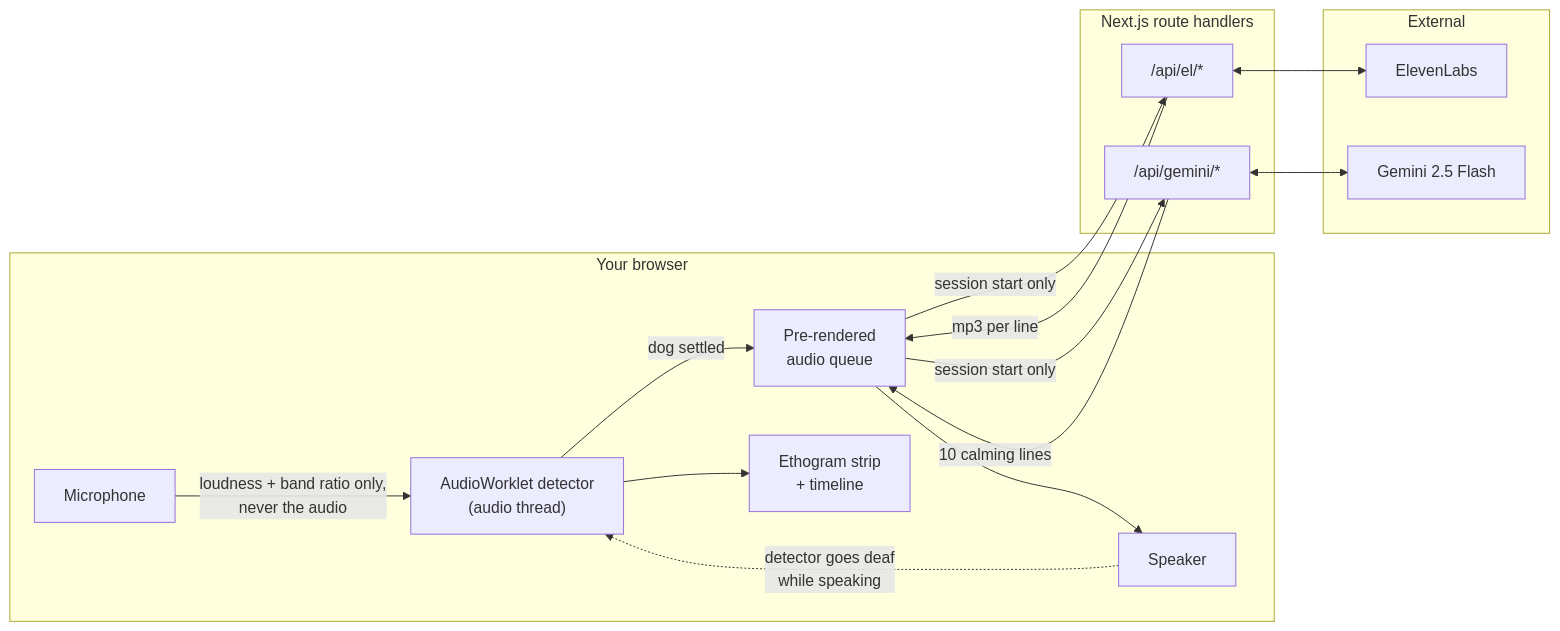
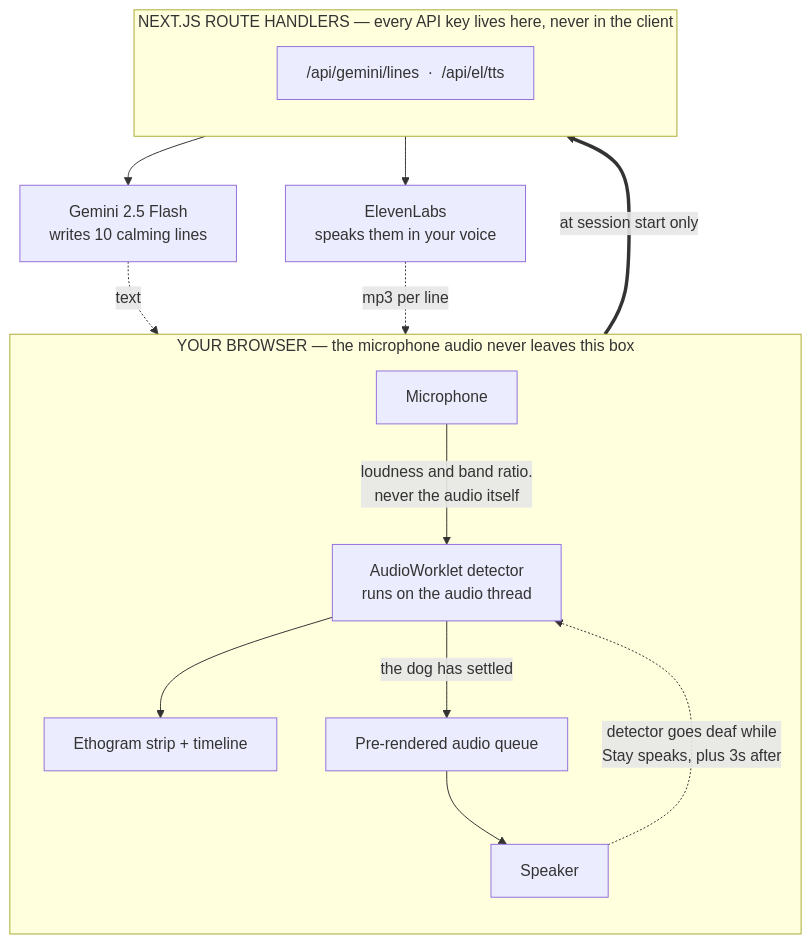
Before and after one commit to vighriday/stay-for-dogs: the first of 5 diagrams in README.md, drawn with Mermaid.

Commit message:
Lay the architecture diagram out top-down so the boundary reads clearly

````diff
--- a/README.md
+++ b/README.md
@@ -66,34 +66,29 @@
 ```mermaid
-flowchart LR
-    subgraph browser["Your browser"]
+flowchart TB
+    subgraph browser["YOUR BROWSER — the microphone audio never leaves this box"]
+        direction TB
         mic["Microphone"]
-        worklet["AudioWorklet detector<br/>(audio thread)"]
-        queue["Pre-rendered<br/>audio queue"]
-        strip["Ethogram strip<br/>+ timeline"]
+        worklet["AudioWorklet detector<br/>runs on the audio thread"]
+        strip["Ethogram strip + timeline"]
+        queue["Pre-rendered audio queue"]
         spk["Speaker"]
+
+        mic -->|"loudness and band ratio.<br/>never the audio itself"| worklet
+        worklet --> strip
+        worklet -->|"the dog has settled"| queue
+        queue --> spk
+        spk -.->|"detector goes deaf while<br/>Stay speaks, plus 3s after"| worklet
     end
 
-    subgraph server["Next.js route handlers"]
-        el["/api/el/*"]
-        gem["/api/gemini/*"]
+    queue ==>|"at session start only"| api
+
+    subgraph server["NEXT.JS ROUTE HANDLERS — every API key lives here, never in the client"]
+        direction TB
+        api["/api/gemini/lines&nbsp;&nbsp;·&nbsp;&nbsp;/api/el/tts"]
     end
 
-    subgraph ext["External"]
-        eleven["ElevenLabs"]
-        gemini["Gemini 2.5 Flash"]
-    end
-
-    mic -->|"loudness + band ratio only,<br/>never the audio"| worklet
-    worklet --> strip
-    worklet -->|"dog settled"| queue
-    queue --> spk
-    spk -.->|"detector goes deaf<br/>while speaking"| worklet
-
-    queue -->|"session start only"| gem
-    gem <--> gemini
-    gem -->|"10 calming lines"| queue
-
-    queue -->|"session start only"| el
-    el <--> eleven
-    el -->|"mp3 per line"| queue
+    api --> gemini["Gemini 2.5 Flash<br/>writes 10 calming lines"]
+    api --> eleven["ElevenLabs<br/>speaks them in your voice"]
+    gemini -.->|"text"| queue
+    eleven -.->|"mp3 per line"| queue
 ```
````
